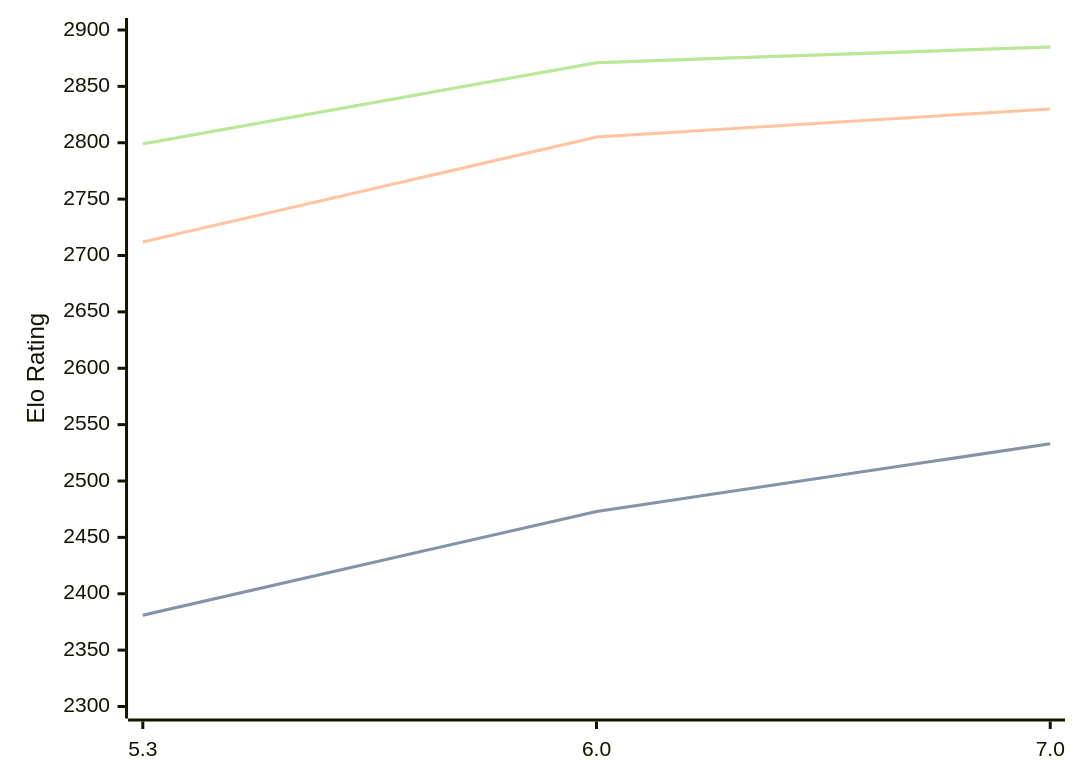
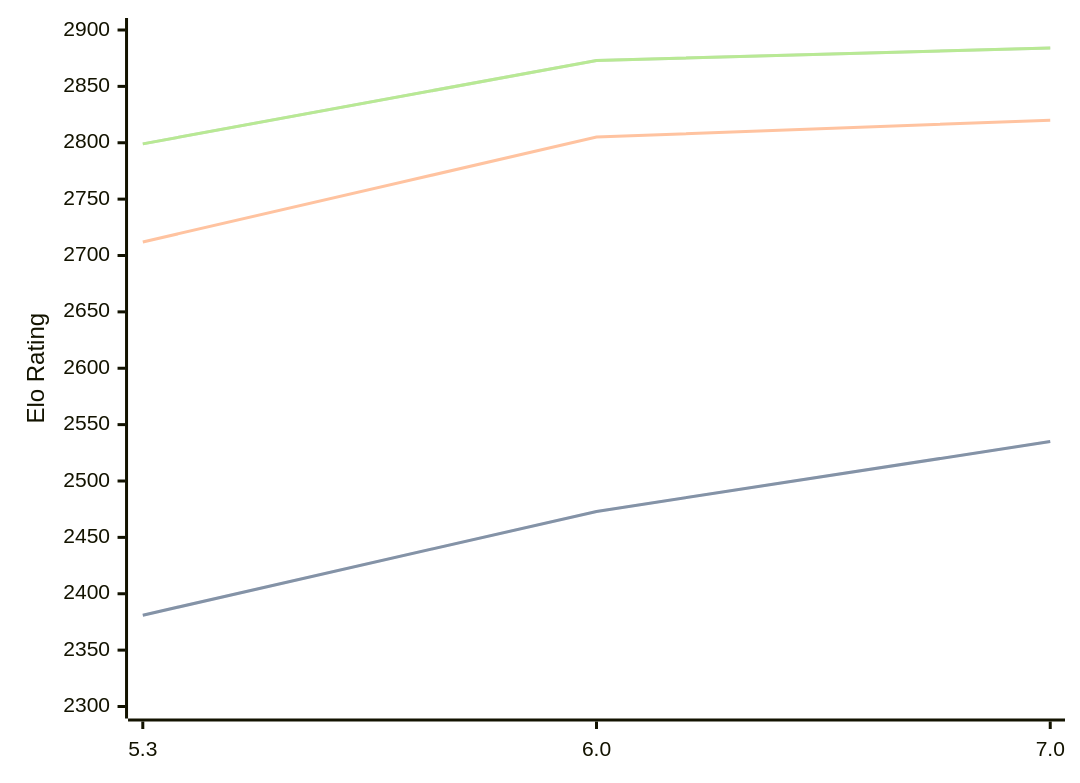
One commit to computer-chess-index/cci changed the third of 3 diagrams in engines/tomitankChess.md. Above: the diagram before and after it, drawn with Mermaid. The commit also changed other lines of this file, not shown here.

Commit message:
Update CCI Ratings (ELO VLTC) - 2026-07-12

````diff
--- a/engines/tomitankChess.md
+++ b/engines/tomitankChess.md
@@ -74,11 +74,11 @@
 ```mermaid
 %%{init: {"theme":"base","themeVariables":{"seriesColors:['#a3a3a3','#222221','#faa371']}}}%%
 xychart-beta
   x-axis ["5.3", "6.0", "7.0"]
   y-axis "Elo Rating" 2300 --> 2900
-  line "STC (8.0+0.08s)" [2381, 2473, 2533]
-  line "STC (8.0+0.08s)" [2381, 2473, 2533]
-  line "LTC (60.0+0.60s)" [2712, 2805, 2830]
-  line "VLTC (2m24s+1.12s)" [2799, 2871, 2885]
-  line "VLTC (2m24s+1.12s)" [2799, 2871, 2885]
+  line "STC (8.0+0.08s)" [2381, 2473, 2535]
+  line "STC (8.0+0.08s)" [2381, 2473, 2535]
+  line "LTC (60.0+0.60s)" [2712, 2805, 2820]
+  line "VLTC (2m24s+1.12s)" [2799, 2873, 2884]
+  line "VLTC (2m24s+1.12s)" [2799, 2873, 2884]
 ```
````
